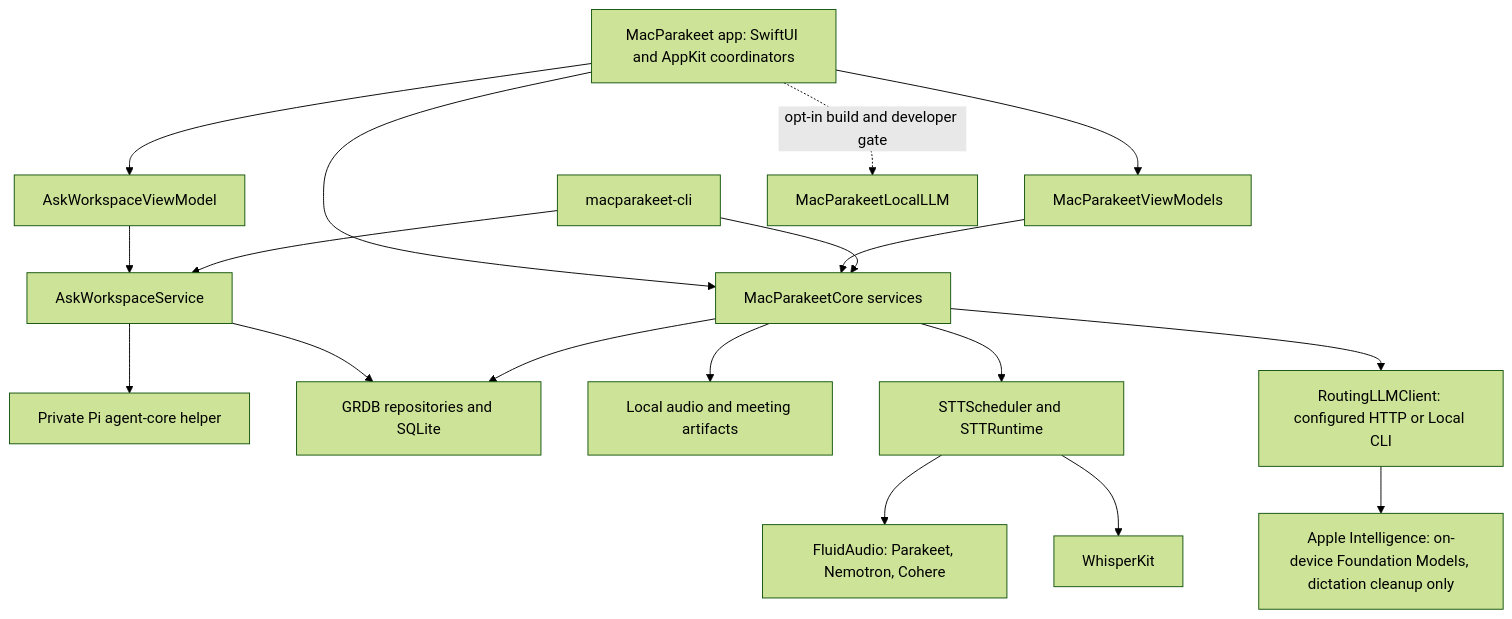
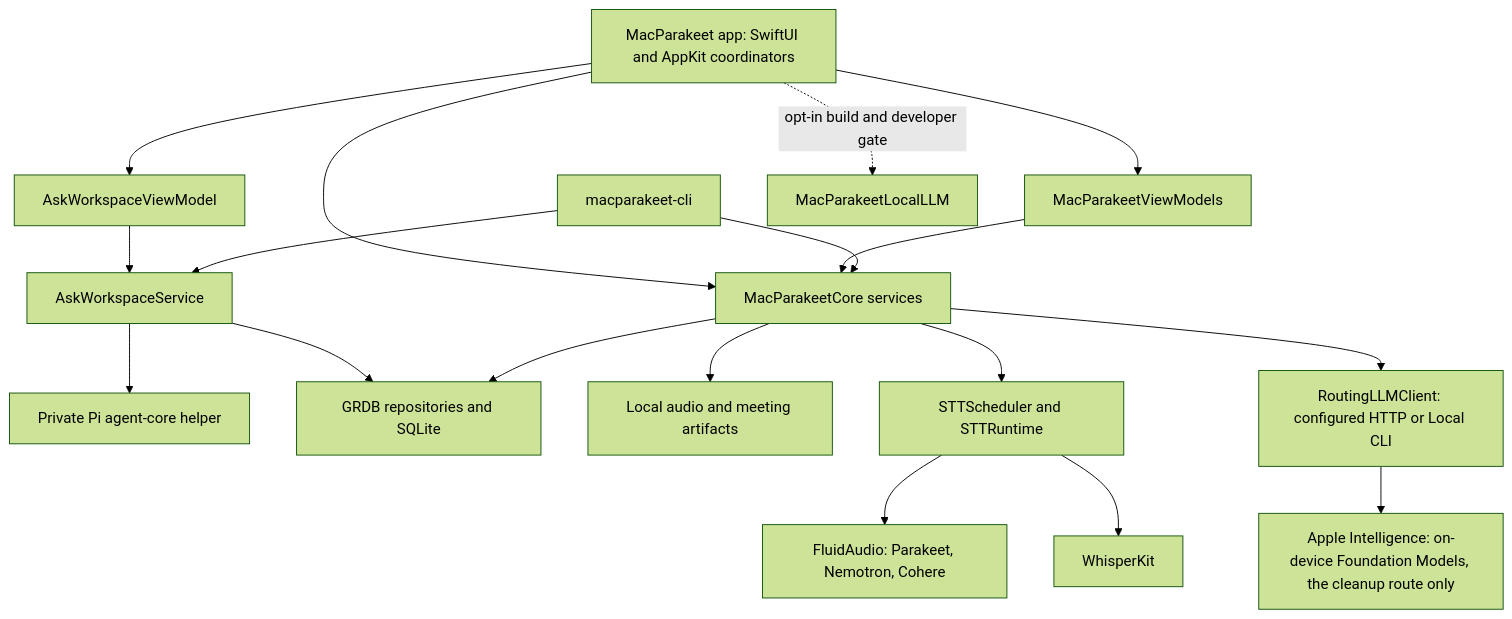
One commit to moona3k/macparakeet changed the first of 3 diagrams in spec/03-architecture.md. Above: the diagram before and after it, drawn with Mermaid (forest theme). The commit also changed 2 other files, not shown here.

Commit message:
Clarify that Apple Intelligence serves the whole cleanup route
Preserve the reviewed exclusions for analysis, Ask and Transforms while avoiding the narrower dictation-only claim. ADR-032 also routes file, URL and meeting formatting through cleanup. Refresh the two derived document hashes; all document and raw artifact hashes match.

````diff
--- a/spec/03-architecture.md
+++ b/spec/03-architecture.md
@@ -15,20 +15,20 @@
 ```mermaid
 flowchart TD
     App[MacParakeet app: SwiftUI and AppKit coordinators] --> VM[MacParakeetViewModels]
     App --> Core[MacParakeetCore services]
     VM --> Core
     CLI[macparakeet-cli] --> Core
     App --> AskVM[AskWorkspaceViewModel]
     AskVM --> Ask[AskWorkspaceService]
     CLI --> Ask
     Ask --> Pi[Private Pi agent-core helper]
     Ask --> DB
     Core --> DB[GRDB repositories and SQLite]
     Core --> Files[Local audio and meeting artifacts]
     Core --> Speech[STTScheduler and STTRuntime]
     Speech --> Fluid[FluidAudio: Parakeet, Nemotron, Cohere]
     Speech --> Whisper[WhisperKit]
     Core --> AI[RoutingLLMClient: configured HTTP or Local CLI]
-    AI --> AppleAI[Apple Intelligence: on-device Foundation Models, dictation cleanup only]
+    AI --> AppleAI[Apple Intelligence: on-device Foundation Models, the cleanup route only]
     App -. opt-in build and developer gate .-> MLX[MacParakeetLocalLLM]
 ```
````
